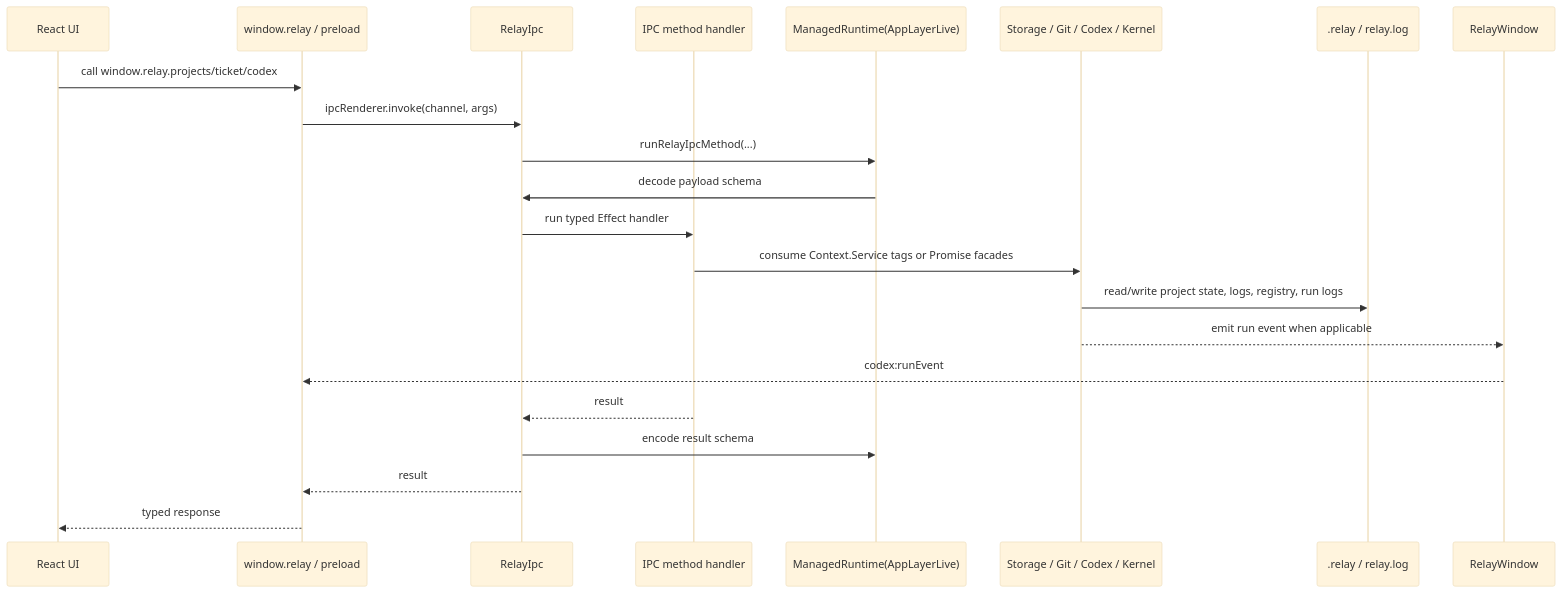
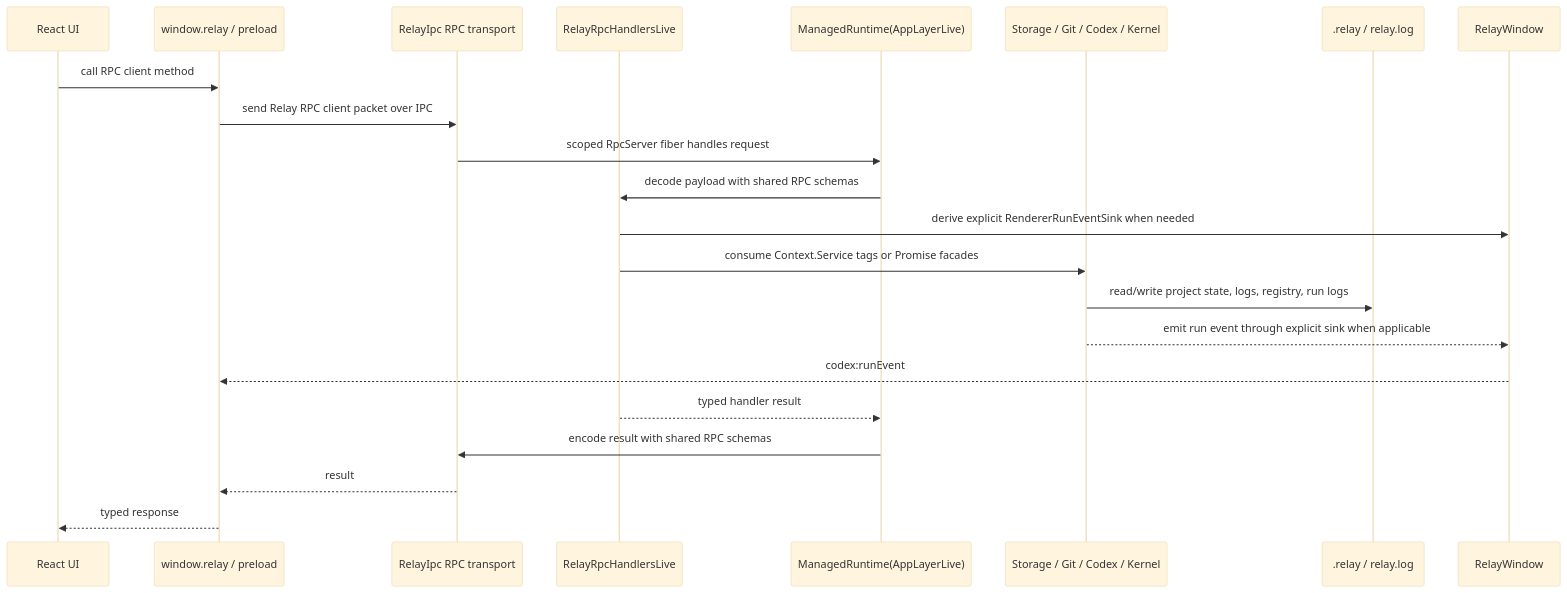
One commit to robertpitt/codex-relay changed the third of 4 diagrams in docs/effect-layered-architecture.md. Above: the diagram before and after it, drawn with Mermaid (base theme). The commit also changed other lines of this file and 161 other files, not shown here.

````diff
--- a/docs/effect-layered-architecture.md
+++ b/docs/effect-layered-architecture.md
@@ -114,25 +181,25 @@
 ```mermaid
 sequenceDiagram
   participant UI as React UI
   participant Preload as window.relay / preload
-  participant Ipc as RelayIpc
-  participant Method as IPC method handler
+  participant Ipc as RelayIpc RPC transport
+  participant Rpc as RelayRpcHandlersLive
   participant Runtime as ManagedRuntime(AppLayerLive)
   participant Service as Storage / Git / Codex / Kernel
   participant Disk as .relay / relay.log
   participant Window as RelayWindow
 
-  UI->>Preload: call window.relay.projects/ticket/codex
-  Preload->>Ipc: ipcRenderer.invoke(channel, args)
-  Ipc->>Runtime: runRelayIpcMethod(...)
-  Runtime->>Ipc: decode payload schema
-  Ipc->>Method: run typed Effect handler
-  Method->>Service: consume Context.Service tags or Promise facades
+  UI->>Preload: call RPC client method
+  Preload->>Ipc: send Relay RPC client packet over IPC
+  Ipc->>Runtime: scoped RpcServer fiber handles request
+  Runtime->>Rpc: decode payload with shared RPC schemas
+  Rpc->>Window: derive explicit RendererRunEventSink when needed
+  Rpc->>Service: consume Context.Service tags or Promise facades
   Service->>Disk: read/write project state, logs, registry, run logs
-  Service-->>Window: emit run event when applicable
+  Service-->>Window: emit run event through explicit sink when applicable
   Window-->>Preload: codex:runEvent
-  Method-->>Ipc: result
-  Ipc->>Runtime: encode result schema
+  Rpc-->>Runtime: typed handler result
+  Runtime->>Ipc: encode result with shared RPC schemas
   Ipc-->>Preload: result
   Preload-->>UI: typed response
 ```
````
